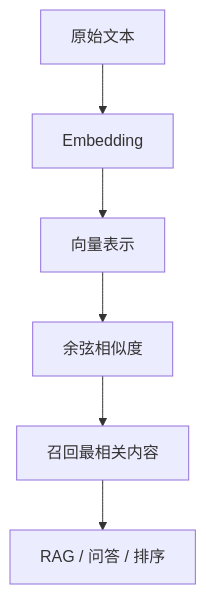
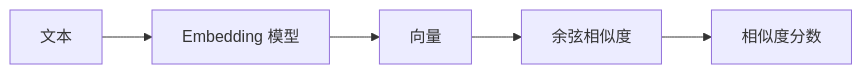
The fifth of 7 diagrams in 07-余弦相似度如何判断两段文本像不像.md (benx92/ai-learning-notes), drawn with Mermaid before and after one commit. The commit also changed other lines of this file, not shown here.

````diff
--- a/07-余弦相似度如何判断两段文本像不像.md
+++ b/07-余弦相似度如何判断两段文本像不像.md
@@ -247,8 +650,7 @@
 ```mermaid
-flowchart TD
-    A[原始文本] --> B[Embedding]
-    B --> C[向量表示]
+flowchart LR
+    A[文本] --> B[Embedding 模型]
+    B --> C[向量]
     C --> D[余弦相似度]
-    D --> E[召回最相关内容]
-    E --> F[RAG / 问答 / 排序]
+    D --> E[相似度分数]
 ```
````
